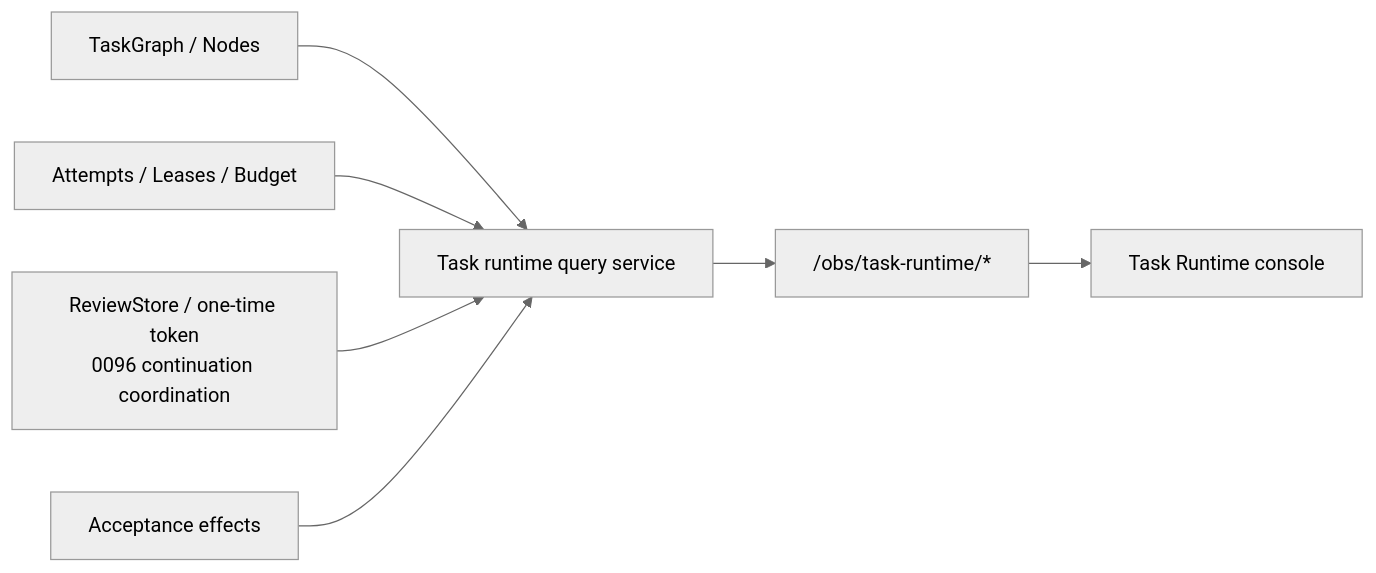
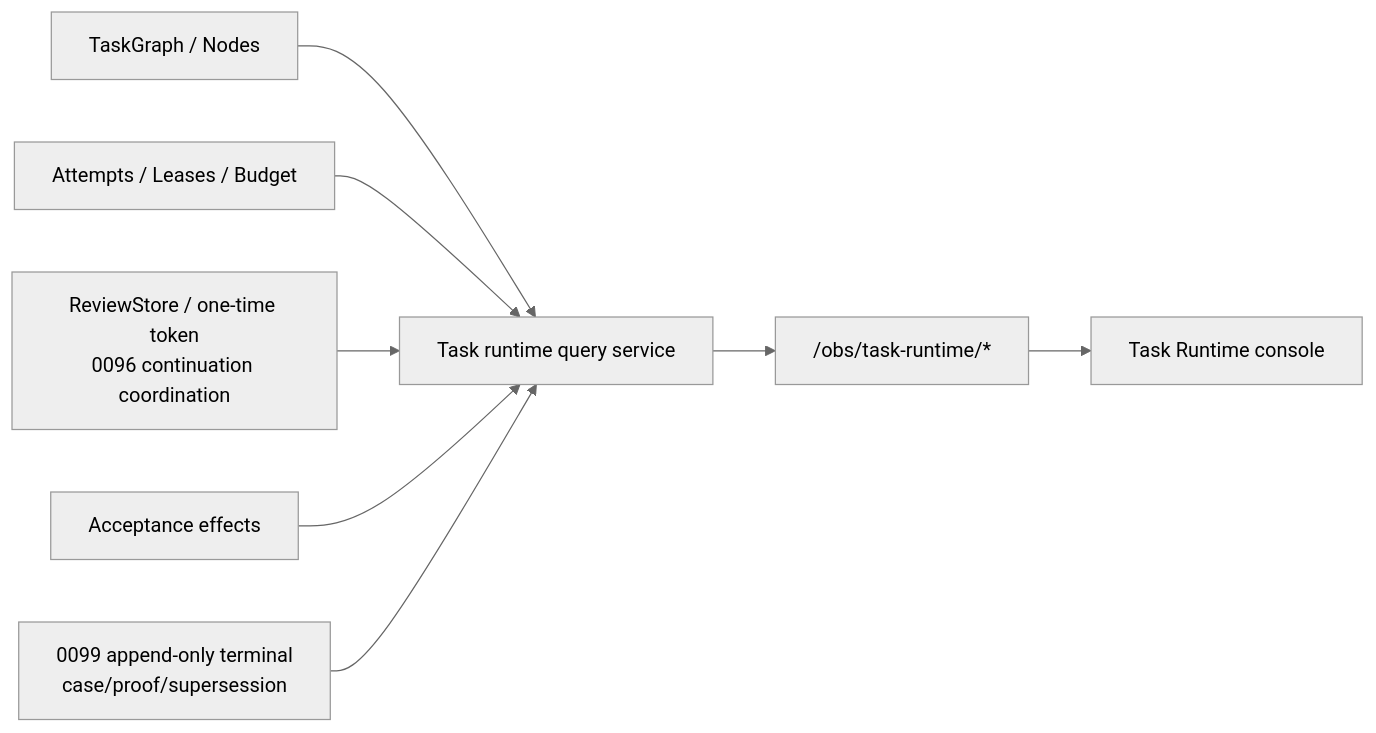
Before and after one commit to SakuraYoruno/Natsume_Ai: the fifth of 6 diagrams in docs/50_project/arch/diagrams/07_observability_topology.md, drawn with Mermaid (neutral theme). The commit also changed other lines of this file and 68 other files, not shown here.

````diff
--- a/docs/50_project/arch/diagrams/07_observability_topology.md
+++ b/docs/50_project/arch/diagrams/07_observability_topology.md
@@ -121,16 +150,18 @@
 ```mermaid
 flowchart LR
     GRAPH["TaskGraph / Nodes"]
     ATTEMPT["Attempts / Leases / Budget"]
     REVIEW["ReviewStore / one-time token\n0096 continuation coordination"]
     EFFECT["Acceptance effects"]
+    TERMINAL["0099 append-only terminal\ncase/proof/supersession"]
     Q["Task runtime query service"]
     API["/obs/task-runtime/*"]
     PAGE["Task Runtime console"]
 
     GRAPH --> Q
     ATTEMPT --> Q
     REVIEW --> Q
     EFFECT --> Q
+    TERMINAL --> Q
     Q --> API --> PAGE
 ```
````
